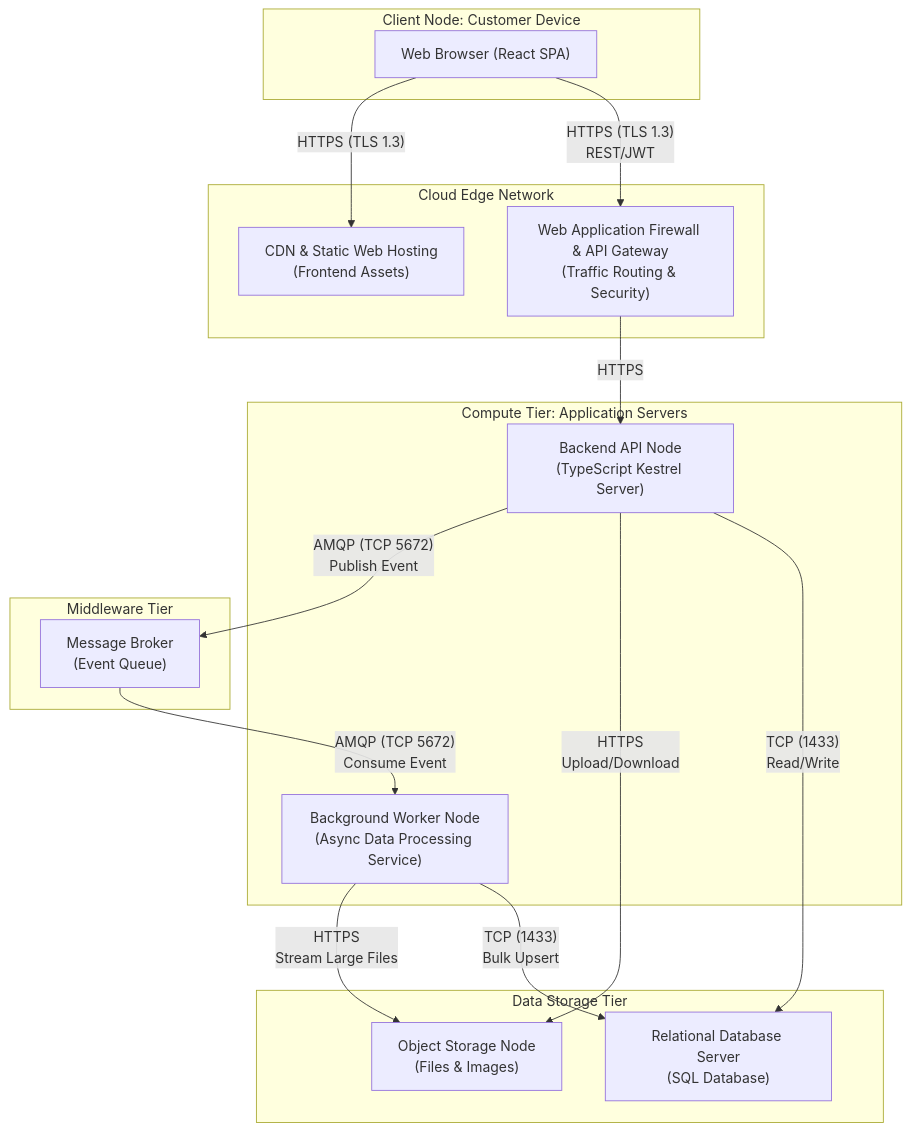
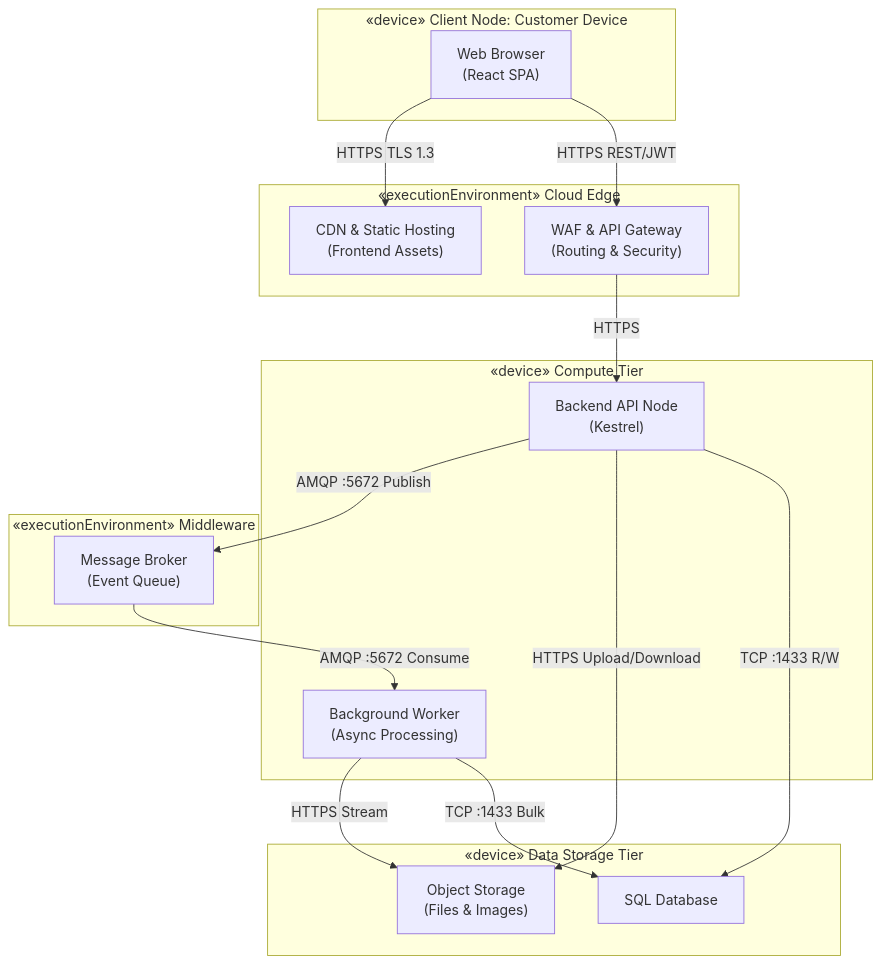
The diagram in docs/Projeto.md (Kdu07/autonboard), drawn with Mermaid before and after one commit. The commit also changed other lines of this file, not shown here.

Commit message:
docs: replace deployment diagram with UML-compliant version and improved structure

````diff
--- a/docs/Projeto.md
+++ b/docs/Projeto.md
@@ -7,41 +7,35 @@
 ```mermaid
 graph TD
-    %% Define Client Node
-    subgraph "Client Node: Customer Device"
-        Browser["Web Browser (React SPA)"]
+    subgraph Client["«device» Client Node: Customer Device"]
+        Browser["Web Browser\n(React SPA)"]
     end
 
-    %% Define Cloud Edge / Gateway
-    subgraph "Cloud Edge Network"
-        CDN["CDN & Static Web Hosting\n(Frontend Assets)"]
-        WAF["Web Application Firewall & API Gateway\n(Traffic Routing & Security)"]
+    subgraph Edge["«executionEnvironment» Cloud Edge"]
+        CDN["CDN & Static Hosting\n(Frontend Assets)"]
+        WAF["WAF & API Gateway\n(Routing & Security)"]
     end
 
-    %% Define Compute Nodes
-    subgraph "Compute Tier: Application Servers"
-        API["Backend API Node\n(TypeScript Kestrel Server)"]
-        Worker["Background Worker Node\n(Async Data Processing Service)"]
+    subgraph Compute["«device» Compute Tier"]
+        API["Backend API Node\n(Kestrel)"]
+        Worker["Background Worker\n(Async Processing)"]
     end
 
-    %% Define Middleware & Messaging
-    subgraph "Middleware Tier"
+    subgraph Middleware["«executionEnvironment» Middleware"]
         Queue["Message Broker\n(Event Queue)"]
     end
 
-    %% Define Data Nodes
-    subgraph "Data Storage Tier"
-        DB["Relational Database Server\n(SQL Database)"]
-        Blob["Object Storage Node\n(Files & Images)"]
+    subgraph Storage["«device» Data Storage Tier"]
+        DB["SQL Database"]
+        Blob["Object Storage\n(Files & Images)"]
     end
 
-    %% Connections
-    Browser -- "HTTPS (TLS 1.3)" --> CDN
-    Browser -- "HTTPS (TLS 1.3)\nREST/JWT" --> WAF
-    WAF -- "HTTPS" --> API
-    API -- "AMQP (TCP 5672)\nPublish Event" --> Queue
-    Queue -- "AMQP (TCP 5672)\nConsume Event" --> Worker
-    API -- "HTTPS\nUpload/Download" --> Blob
-    Worker -- "HTTPS\nStream Large Files" --> Blob
-    API -- "TCP (1433)\nRead/Write" --> DB
-    Worker -- "TCP (1433)\nBulk Upsert" --> DB
+    Browser -->|HTTPS TLS 1.3| CDN
+    Browser -->|HTTPS REST/JWT| WAF
+    WAF -->|HTTPS| API
+    API -->|AMQP :5672 Publish| Queue
+    Queue -->|AMQP :5672 Consume| Worker
+    API -->|HTTPS Upload/Download| Blob
+    Worker -->|HTTPS Stream| Blob
+    API -->|TCP :1433 R/W| DB
+    Worker -->|TCP :1433 Bulk| DB
 ```
````
